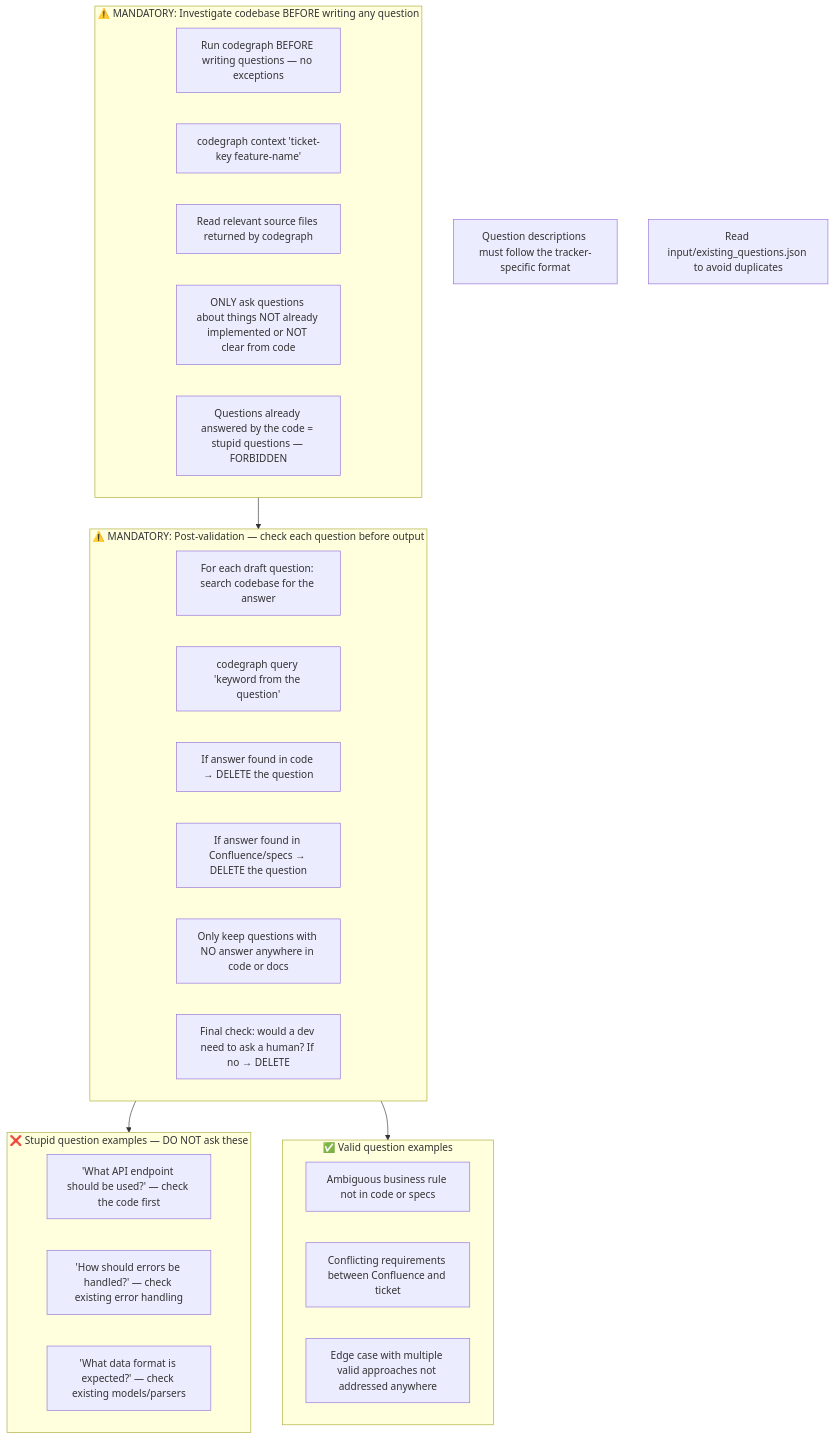
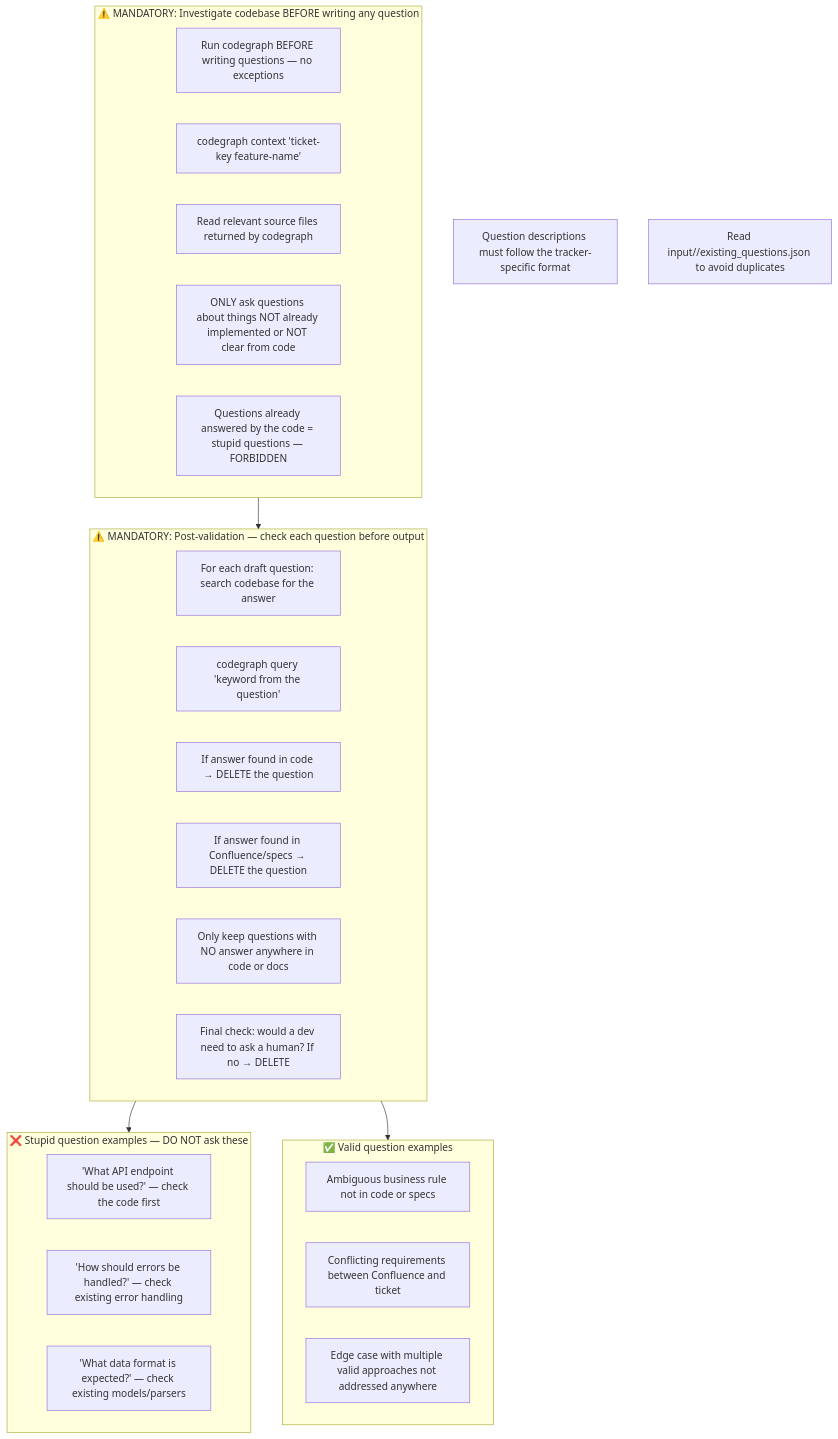
The diagram in instructions/story_questions/general_guidelines.md (IstiN/dmtools-agents), drawn with Mermaid before and after one commit. The commit also changed 31 other files, not shown here.

Commit message:
fix: reference input/<ISSUE_KEY>/ in agent task preamble and story instructions (#1322) (#1338)

````diff
--- a/instructions/story_questions/general_guidelines.md
+++ b/instructions/story_questions/general_guidelines.md
@@ -1,37 +1,37 @@
 ```mermaid
 flowchart TD
     G1["Question descriptions must follow the tracker-specific format"]
-    G4["Read input/existing_questions.json to avoid duplicates"]
+    G4["Read input/<ISSUE_KEY>/existing_questions.json to avoid duplicates"]
 
     subgraph CODEGRAPH["⚠️ MANDATORY: Investigate codebase BEFORE writing any question"]
         CG1["Run codegraph BEFORE writing questions — no exceptions"]
         CG2["codegraph context 'ticket-key feature-name'"]
         CG3["Read relevant source files returned by codegraph"]
         CG4["ONLY ask questions about things NOT already implemented or NOT clear from code"]
         CG5["Questions already answered by the code = stupid questions — FORBIDDEN"]
     end
 
     subgraph VALIDATE["⚠️ MANDATORY: Post-validation — check each question before output"]
         V1["For each draft question: search codebase for the answer"]
         V2["codegraph query 'keyword from the question'"]
         V3["If answer found in code → DELETE the question"]
         V4["If answer found in Confluence/specs → DELETE the question"]
         V5["Only keep questions with NO answer anywhere in code or docs"]
         V6["Final check: would a dev need to ask a human? If no → DELETE"]
     end
 
     subgraph BAD["❌ Stupid question examples — DO NOT ask these"]
         B1["'What API endpoint should be used?' — check the code first"]
         B2["'How should errors be handled?' — check existing error handling"]
         B3["'What data format is expected?' — check existing models/parsers"]
     end
 
     subgraph GOOD["✅ Valid question examples"]
         GQ1["Ambiguous business rule not in code or specs"]
         GQ2["Conflicting requirements between Confluence and ticket"]
         GQ3["Edge case with multiple valid approaches not addressed anywhere"]
     end
 
     CODEGRAPH --> VALIDATE --> BAD
     VALIDATE --> GOOD
 ```
````
